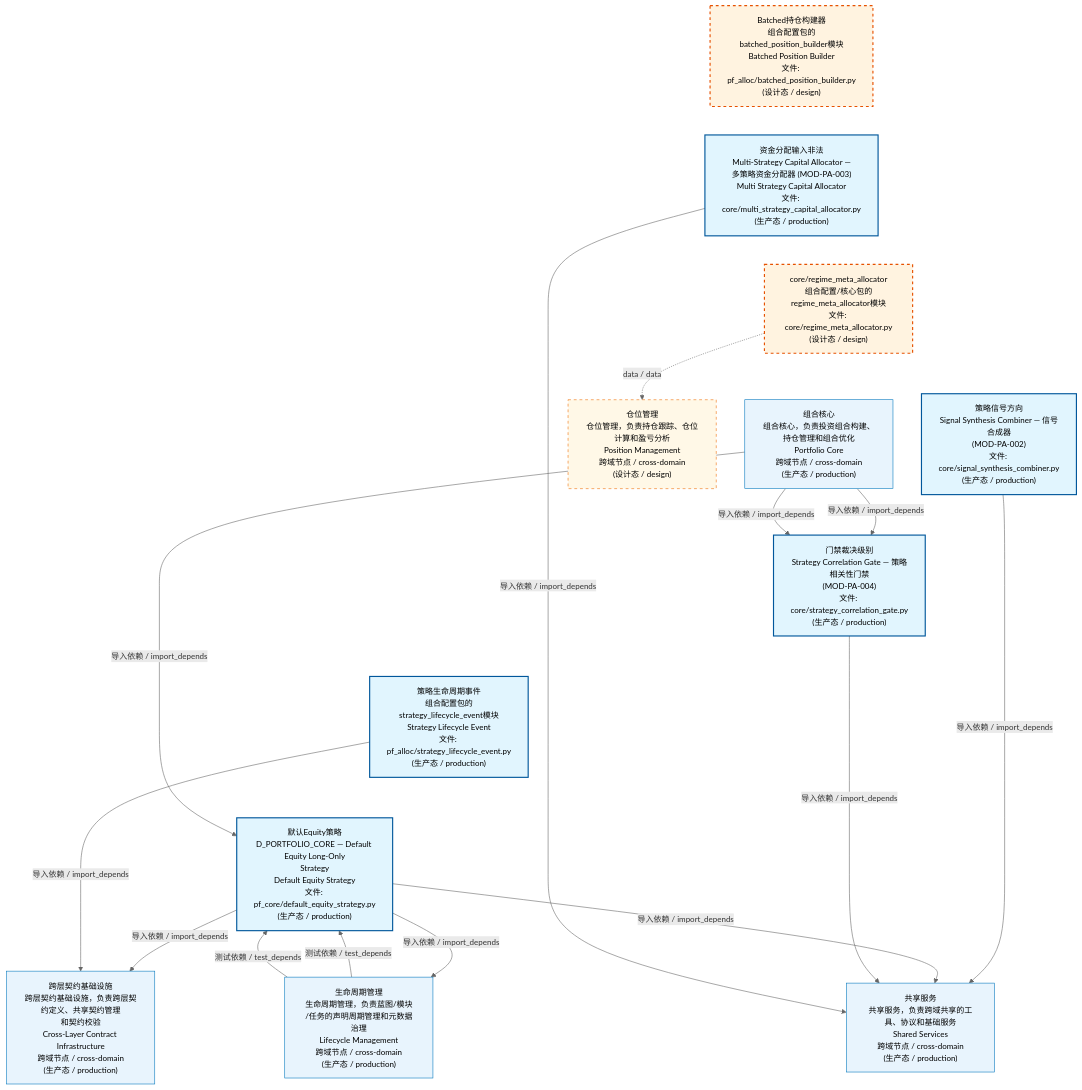
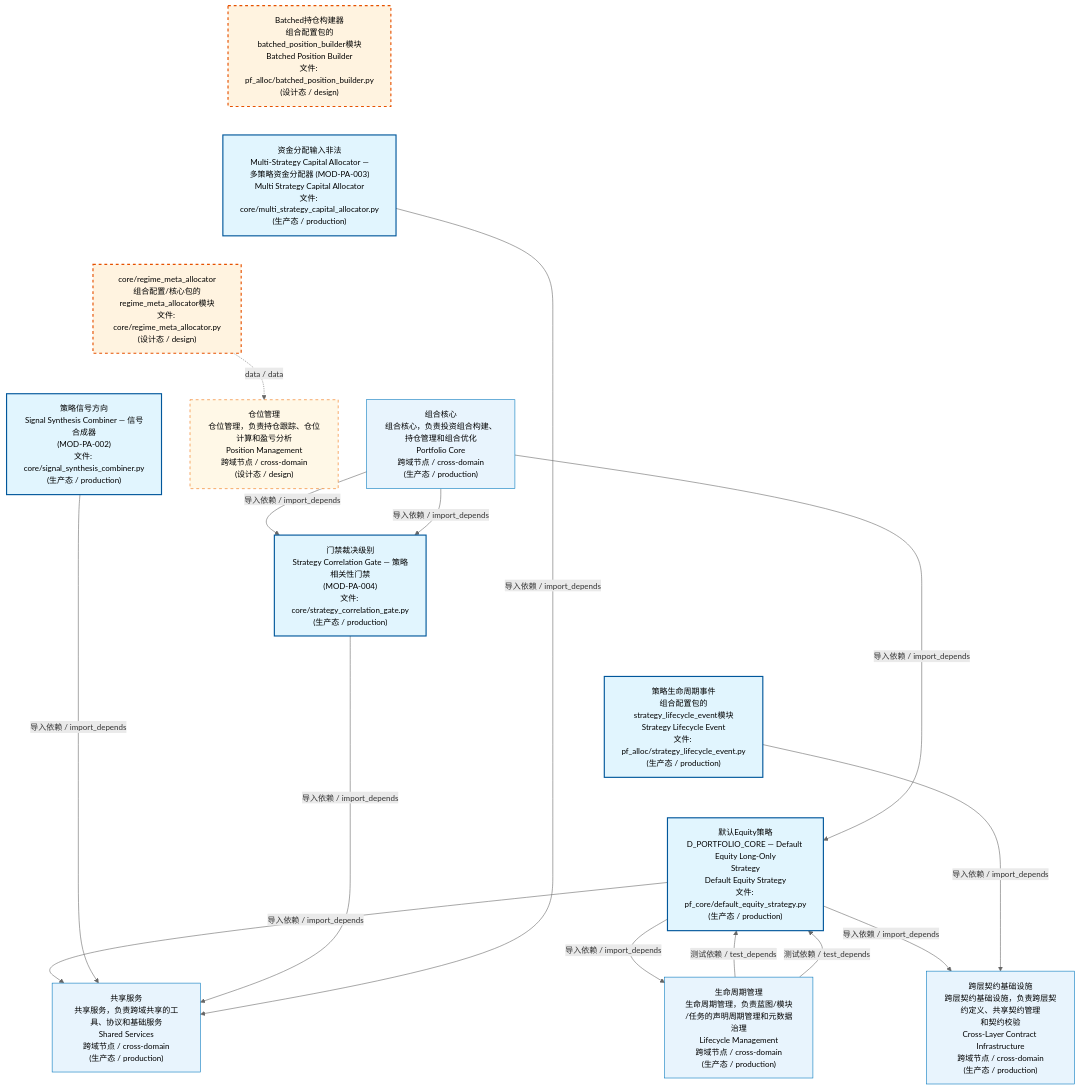
One commit to xuanFelixVan/ZephyrAlpha changed the first of 4 diagrams in docs/02_enterprise_architecture/02_domain_architecture_docs/62_d_pf_alloc.md. Above: the diagram before and after it, drawn with Mermaid. The commit also changed 48 other files, not shown here.

````diff
--- a/docs/02_enterprise_architecture/02_domain_architecture_docs/62_d_pf_alloc.md
+++ b/docs/02_enterprise_architecture/02_domain_architecture_docs/62_d_pf_alloc.md
@@ -53,43 +53,43 @@
 ```mermaid
 %%{init: {'theme': 'base', 'themeVariables': {'primaryColor': '#eaeaea', 'primaryTextColor': '#333333', 'primaryBorderColor': '#666666', 'lineColor': '#666666', 'secondaryColor': '#eaeaea', 'tertiaryColor': '#eaeaea', 'fontSize': '14px'}}}%%
 flowchart TD
     src_zephyr_pf_alloc_batched_position_builder_py["Batched持仓构建器<br/>组合配置包的batched_position_builder模块<br/>Batched Position Builder<br/>文件: pf_alloc/batched_position_builder.py<br/>(设计态 / design)"]
     src_zephyr_pf_alloc_core_multi_strategy_capital_allocator_py["资金分配输入非法<br/>Multi-Strategy Capital Allocator —<br/>多策略资金分配器 (MOD-PA-003)<br/>Multi Strategy Capital Allocator<br/>文件: core/multi_strategy_capital_allocator.py<br/>(生产态 / production)"]
     src_zephyr_pf_alloc_core_regime_meta_allocator_py["core/regime_meta_allocator<br/>组合配置/核心包的regime_meta_allocator模块<br/>文件: core/regime_meta_allocator.py<br/>(设计态 / design)"]
     src_zephyr_pf_alloc_core_signal_synthesis_combiner_py["策略信号方向<br/>Signal Synthesis Combiner — 信号合成器<br/>(MOD-PA-002)<br/>文件: core/signal_synthesis_combiner.py<br/>(生产态 / production)"]
     src_zephyr_pf_alloc_core_strategy_correlation_gate_py["门禁裁决级别<br/>Strategy Correlation Gate — 策略相关性门禁<br/>(MOD-PA-004)<br/>文件: core/strategy_correlation_gate.py<br/>(生产态 / production)"]
     src_zephyr_pf_alloc_strategy_lifecycle_event_py["策略生命周期事件<br/>组合配置包的strategy_lifecycle_event模块<br/>Strategy Lifecycle Event<br/>文件: pf_alloc/strategy_lifecycle_event.py<br/>(生产态 / production)"]
     src_zephyr_pf_core_default_equity_strategy_py["默认Equity策略<br/>D_PORTFOLIO_CORE — Default Equity Long-Only<br/>Strategy<br/>Default Equity Strategy<br/>文件: pf_core/default_equity_strategy.py<br/>(生产态 / production)"]
     src_zephyr_pf_alloc_batched_position_builder_py ~~~ src_zephyr_pf_alloc_core_multi_strategy_capital_allocator_py
     src_zephyr_pf_alloc_core_multi_strategy_capital_allocator_py ~~~ src_zephyr_pf_alloc_core_regime_meta_allocator_py
     src_zephyr_pf_alloc_core_regime_meta_allocator_py ~~~ src_zephyr_pf_alloc_core_signal_synthesis_combiner_py
     src_zephyr_pf_alloc_core_signal_synthesis_combiner_py ~~~ src_zephyr_pf_alloc_core_strategy_correlation_gate_py
     src_zephyr_pf_alloc_core_strategy_correlation_gate_py ~~~ src_zephyr_pf_alloc_strategy_lifecycle_event_py
     src_zephyr_pf_alloc_strategy_lifecycle_event_py ~~~ src_zephyr_pf_core_default_equity_strategy_py
     D_POSITION["仓位管理<br/>仓位管理，负责持仓跟踪、仓位计算和盈亏分析<br/>Position Management<br/>跨域节点 / cross-domain<br/>(设计态 / design)"]
     src_zephyr_pf_alloc_core_regime_meta_allocator_py -.->|data / data| D_POSITION
+    D_SHARED["共享服务<br/>共享服务，负责跨域共享的工具、协议和基础服务<br/>Shared Services<br/>跨域节点 / cross-domain<br/>(生产态 / production)"]
+    src_zephyr_pf_core_default_equity_strategy_py -->|导入依赖 / import_depends| D_SHARED
     D_GOVERNANCE["生命周期管理<br/>生命周期管理，负责蓝图/模块<br/>/任务的声明周期管理和元数据治理<br/>Lifecycle Management<br/>跨域节点 / cross-domain<br/>(生产态 / production)"]
     src_zephyr_pf_core_default_equity_strategy_py -->|导入依赖 / import_depends| D_GOVERNANCE
-    D_SHARED["共享服务<br/>共享服务，负责跨域共享的工具、协议和基础服务<br/>Shared Services<br/>跨域节点 / cross-domain<br/>(生产态 / production)"]
     src_zephyr_pf_alloc_core_signal_synthesis_combiner_py -->|导入依赖 / import_depends| D_SHARED
-    src_zephyr_pf_core_default_equity_strategy_py -->|导入依赖 / import_depends| D_SHARED
     src_zephyr_pf_alloc_core_strategy_correlation_gate_py -->|导入依赖 / import_depends| D_SHARED
     src_zephyr_pf_alloc_core_multi_strategy_capital_allocator_py -->|导入依赖 / import_depends| D_SHARED
     D_INFRASTRUCTURE["跨层契约基础设施<br/>跨层契约基础设施，负责跨层契约定义、共享契约管理<br/>和契约校验<br/>Cross-Layer Contract Infrastructure<br/>跨域节点 / cross-domain<br/>(生产态 / production)"]
     src_zephyr_pf_core_default_equity_strategy_py -->|导入依赖 / import_depends| D_INFRASTRUCTURE
     src_zephyr_pf_alloc_strategy_lifecycle_event_py -->|导入依赖 / import_depends| D_INFRASTRUCTURE
     D_PF_CORE["组合核心<br/>组合核心，负责投资组合构建、持仓管理和组合优化<br/>Portfolio Core<br/>跨域节点 / cross-domain<br/>(生产态 / production)"]
     D_PF_CORE -->|导入依赖 / import_depends| src_zephyr_pf_alloc_core_strategy_correlation_gate_py
     D_GOVERNANCE -->|测试依赖 / test_depends| src_zephyr_pf_core_default_equity_strategy_py
     D_GOVERNANCE -->|测试依赖 / test_depends| src_zephyr_pf_core_default_equity_strategy_py
     D_PF_CORE -->|导入依赖 / import_depends| src_zephyr_pf_alloc_core_strategy_correlation_gate_py
     D_PF_CORE -->|导入依赖 / import_depends| src_zephyr_pf_core_default_equity_strategy_py
     classDef production fill:#e1f5fe,stroke:#01579b,stroke-width:2px,color:#000
     classDef design fill:#fff3e0,stroke:#e65100,stroke-width:2px,color:#000,stroke-dasharray: 5 5
     classDef external_prod fill:#e8f4fd,stroke:#0277bd,stroke-width:1px,color:#000
     classDef external_design fill:#fff8e7,stroke:#ef6c00,stroke-width:1px,color:#000,stroke-dasharray: 5 5
     class src_zephyr_pf_alloc_core_multi_strategy_capital_allocator_py,src_zephyr_pf_alloc_core_signal_synthesis_combiner_py,src_zephyr_pf_alloc_core_strategy_correlation_gate_py,src_zephyr_pf_alloc_strategy_lifecycle_event_py,src_zephyr_pf_core_default_equity_strategy_py production
     class src_zephyr_pf_alloc_batched_position_builder_py,src_zephyr_pf_alloc_core_regime_meta_allocator_py design
-    class D_GOVERNANCE,D_SHARED,D_INFRASTRUCTURE,D_PF_CORE external_prod
+    class D_SHARED,D_GOVERNANCE,D_INFRASTRUCTURE,D_PF_CORE external_prod
     class D_POSITION external_design
 ```
````
